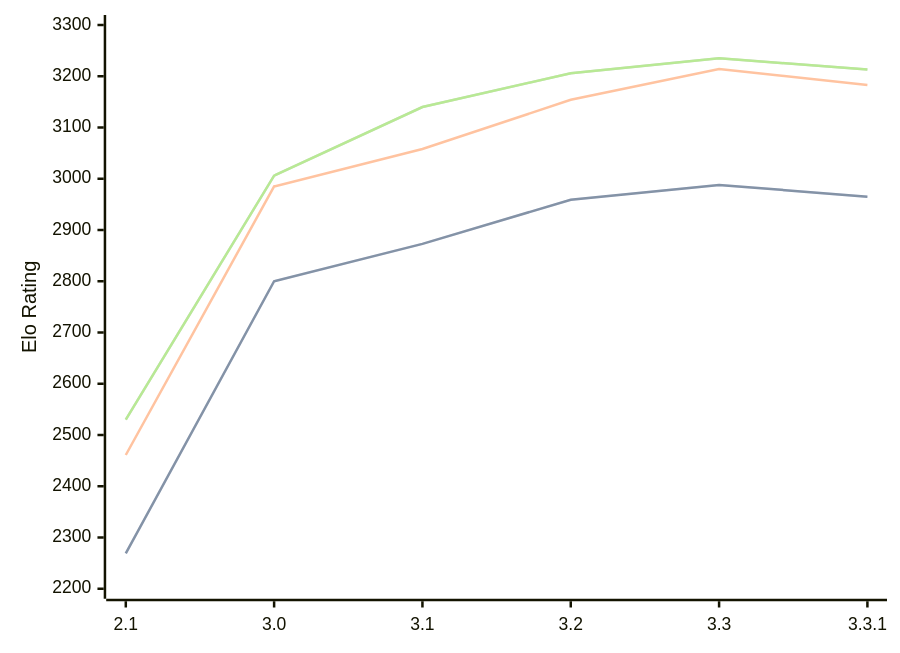
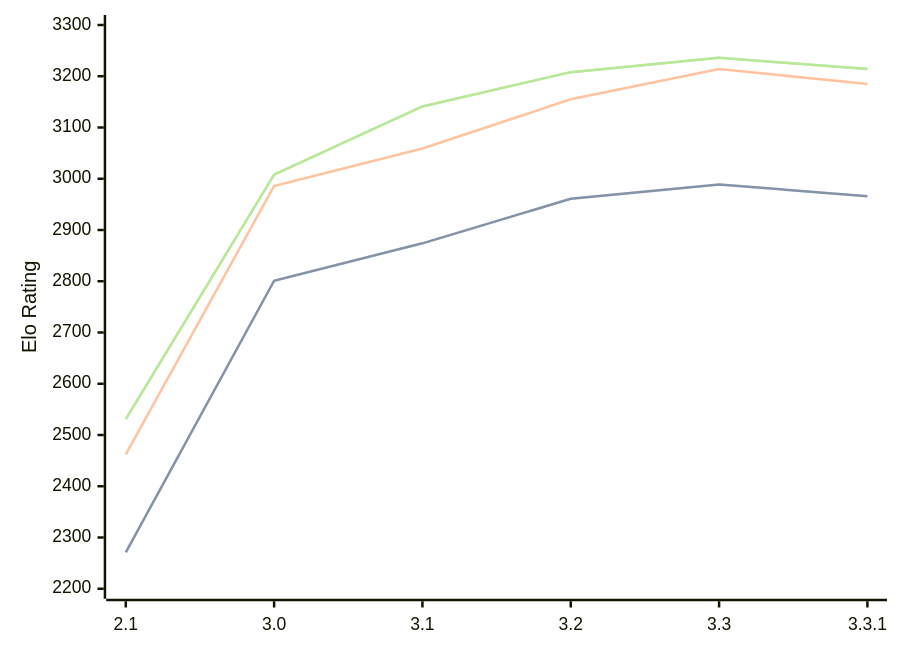
The diagram in engines/Petrel.md (computer-chess-index/cci), drawn with Mermaid before and after one commit. The commit also changed other lines of this file, not shown here.

Commit message:
Update CCI Ratings (ELO VLTC) - 2026-02-21

````diff
--- a/engines/Petrel.md
+++ b/engines/Petrel.md
@@ -40,11 +40,11 @@
 ```mermaid
 %%{init: {"theme":"base","themeVariables":{"seriesColors:['#a3a3a3','#222221','#faa371']}}}%%
 xychart-beta
   x-axis ["2.1", "3.0", "3.1", "3.2", "3.3", "3.3.1"]
   y-axis "Elo Rating" 2200 --> 3300
-  line "STC (8.0+0.08s)" [2269, 2800, 2873, 2959, 2988, 2965]
-  line "STC (8.0+0.08s)" [2269, 2800, 2873, 2959, 2988, 2965]
-  line "LTC (60.0+0.60s)" [2461, 2985, 3058, 3154, 3214, 3183]
-  line "VLTC (2m24s+1.12s)" [2530, 3006, 3140, 3206, 3235, 3213]
-  line "VLTC (2m24s+1.12s)" [2530, 3006, 3140, 3206, 3235, 3213]
+  line "STC (8.0+0.08s)" [2271, 2801, 2874, 2961, 2989, 2966]
+  line "STC (8.0+0.08s)" [2271, 2801, 2874, 2961, 2989, 2966]
+  line "LTC (60.0+0.60s)" [2462, 2986, 3059, 3155, 3214, 3185]
+  line "VLTC (2m24s+1.12s)" [2531, 3008, 3141, 3208, 3236, 3214]
+  line "VLTC (2m24s+1.12s)" [2531, 3008, 3141, 3208, 3236, 3214]
 ```
````
